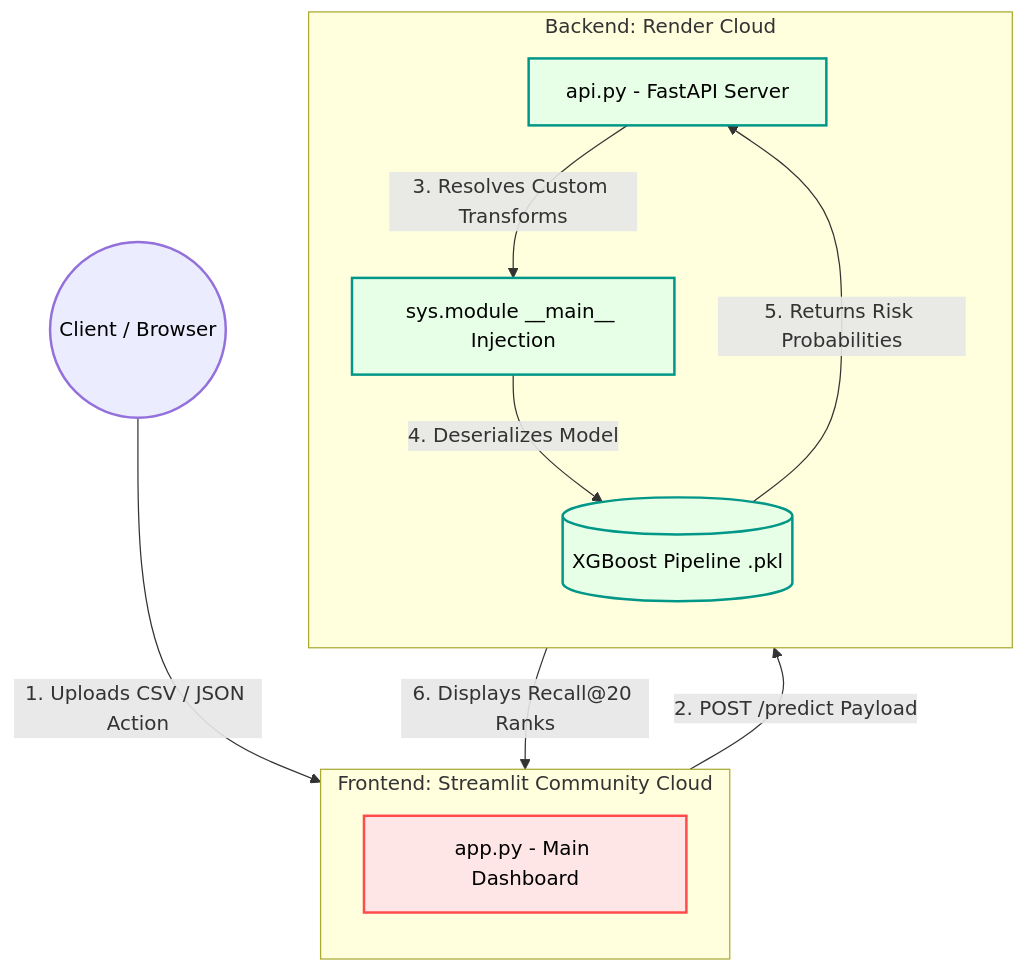
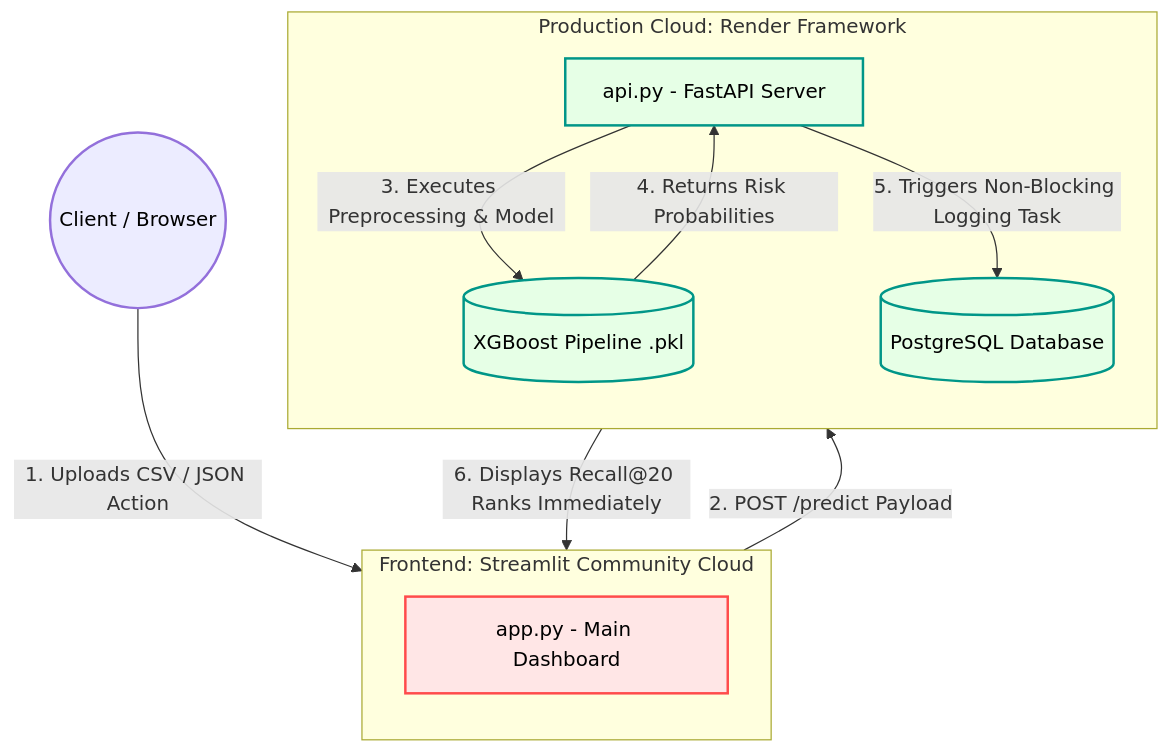
The first of 2 diagrams in README.md (Priyanshu-Upadhyay-27/end-to-end-churn-ml), drawn with Mermaid before and after one commit. The commit also changed other lines of this file, not shown here.

Commit message:
Updated README.md with database info too

````diff
--- a/README.md
+++ b/README.md
@@ -25,36 +27,36 @@
 ```mermaid
 graph TD
     %% Client Node
     Client((Client / Browser))
 
     %% Streamlit Environment
     subgraph Streamlit ["Frontend: Streamlit Community Cloud"]
         direction TB
         App[app.py - Main Dashboard]
     end
 
     %% Render Environment
-    subgraph Render ["Backend: Render Cloud"]
+    subgraph Render ["Production Cloud: Render Framework"]
         direction TB
         FastAPI[api.py - FastAPI Server]
-        Namespace[sys.module __main__ Injection]
         XGBoost[(XGBoost Pipeline .pkl)]
+        DB[(PostgreSQL Database)]
     end
 
     %% Core Prediction Flow
     Client -- "1. Uploads CSV / JSON Action" --> App
     App -- "2. POST /predict Payload" --> FastAPI
-    FastAPI -- "3. Resolves Custom Transforms" --> Namespace
-    Namespace -- "4. Deserializes Model" --> XGBoost
-    XGBoost -- "5. Returns Risk Probabilities" --> FastAPI
-    FastAPI -- "6. Displays Recall@20 Ranks" --> App
+    FastAPI -- "3. Executes Preprocessing & Model" --> XGBoost
+    XGBoost -- "4. Returns Risk Probabilities" --> FastAPI
+    FastAPI -- "5. Triggers Non-Blocking Logging Task" --> DB
+    FastAPI -- "6. Displays Recall@20 Ranks Immediately" --> App
 
     %% Styling Elements (Forced Black Text for Contrast)
     classDef browser fill:#ececff,stroke:#9370db,stroke-width:2px,color:#000000;
     classDef frontend fill:#ffe6e6,stroke:#ff4b4b,stroke-width:2px,color:#000000;
     classDef backend fill:#e6ffe6,stroke:#009688,stroke-width:2px,color:#000000;
 
     class Client browser;
     class App frontend;
-    class FastAPI,Namespace,XGBoost backend;
+    class FastAPI,XGBoost,DB backend;
 ```
````
